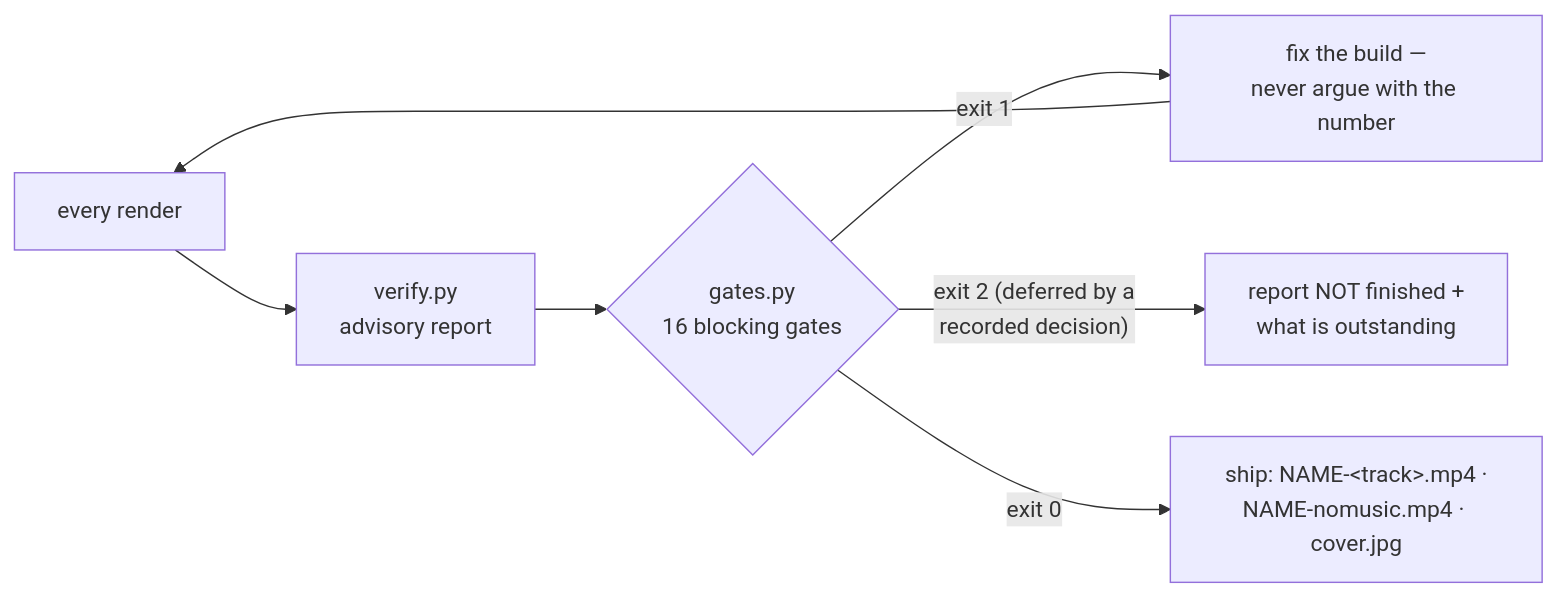
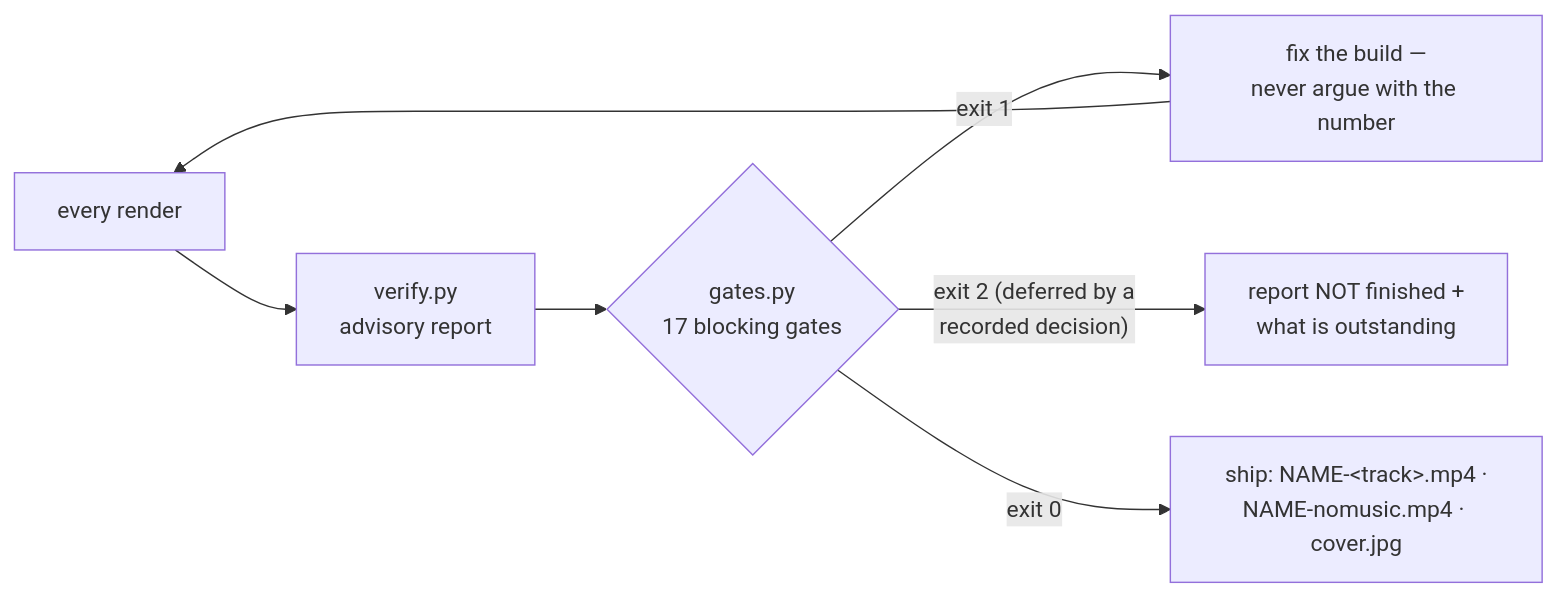
One commit to chyiiiiiiiiiiii/yiibu changed the second of 2 diagrams in skills/yiibu/SKILL.md. Above: the diagram before and after it, drawn with Mermaid. The commit also changed other lines of this file and 10 other files, not shown here.

First line of the commit message:
feat: gate_timeline — the contract three checks read, now declared

````diff
--- a/skills/yiibu/SKILL.md
+++ b/skills/yiibu/SKILL.md
@@ -434,7 +434,7 @@
 ```mermaid
 flowchart LR
-    R[every render] --> V["verify.py<br/>advisory report"] --> G{"gates.py<br/>16 blocking gates"}
+    R[every render] --> V["verify.py<br/>advisory report"] --> G{"gates.py<br/>17 blocking gates"}
     G -->|exit 1| F["fix the build —<br/>never argue with the number"] --> R
     G -->|"exit 2 (deferred by a<br/>recorded decision)"| D["report NOT finished +<br/>what is outstanding"]
     G -->|exit 0| S["ship: NAME-&lt;track&gt;.mp4 ·<br/>NAME-nomusic.mp4 · cover.jpg"]
 ```
````
